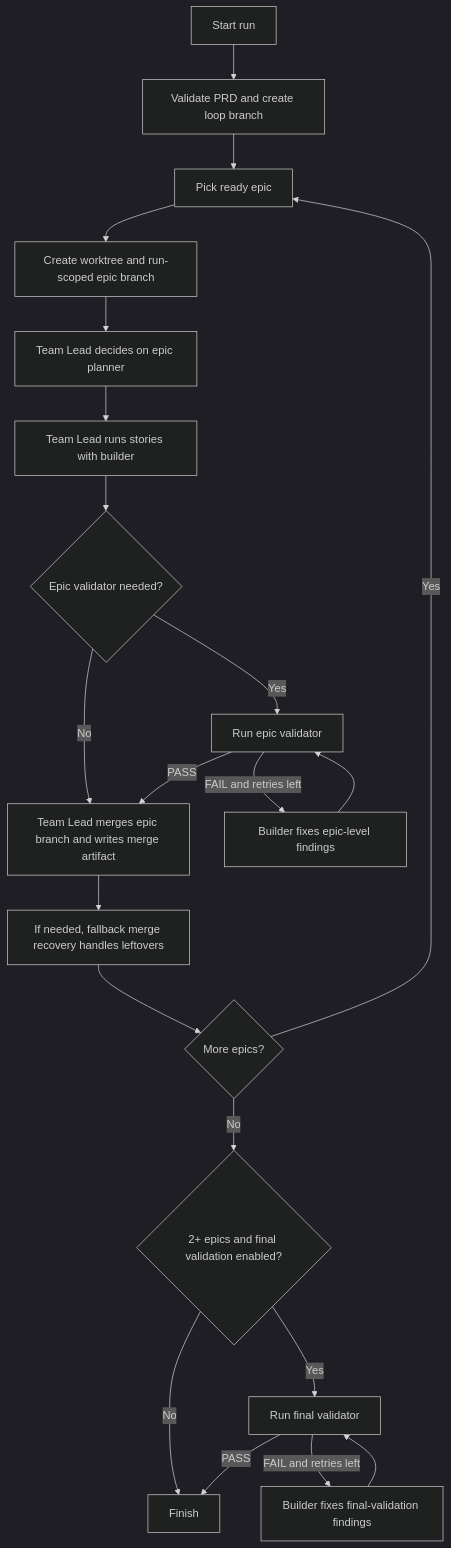
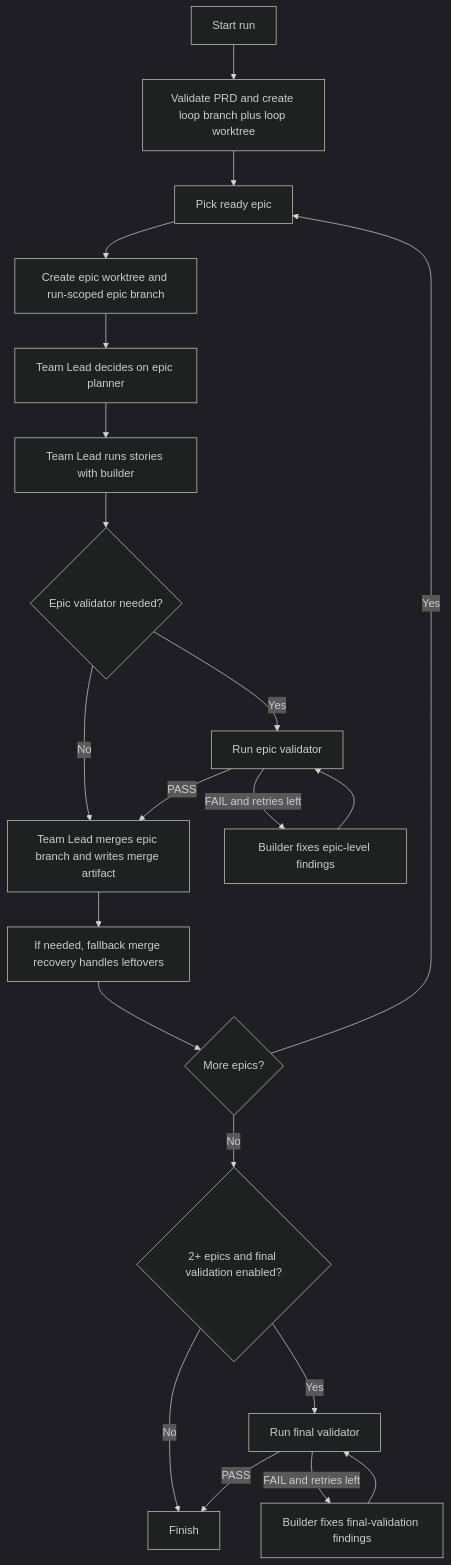
Before and after one commit to tuansondinh/ralph-teams: the diagram in README.md, drawn with Mermaid (dark theme). The commit also changed other lines of this file and 7 other files, not shown here.

Commit message:
feat: run loop branch in dedicated worktree

````diff
--- a/README.md
+++ b/README.md
@@ -45,23 +45,23 @@
 ```mermaid
 flowchart TD
-    A[Start run] --> B[Validate PRD and create loop branch]
+    A[Start run] --> B[Validate PRD and create loop branch plus loop worktree]
     B --> C[Pick ready epic]
-    C --> D[Create worktree and run-scoped epic branch]
+    C --> D[Create epic worktree and run-scoped epic branch]
     D --> E[Team Lead decides on epic planner]
     E --> F[Team Lead runs stories with builder]
     F --> G{Epic validator needed?}
     G -->|No| J[Team Lead merges epic branch and writes merge artifact]
     G -->|Yes| H[Run epic validator]
     H -->|PASS| J
     H -->|FAIL and retries left| I[Builder fixes epic-level findings]
     I --> H
     J --> K[If needed, fallback merge recovery handles leftovers]
     K --> L{More epics?}
     L -->|Yes| C
     L -->|No| M{2+ epics and final validation enabled?}
     M -->|No| P[Finish]
     M -->|Yes| N[Run final validator]
     N -->|PASS| P
     N -->|FAIL and retries left| O[Builder fixes final-validation findings]
     O --> N
 ```
````
